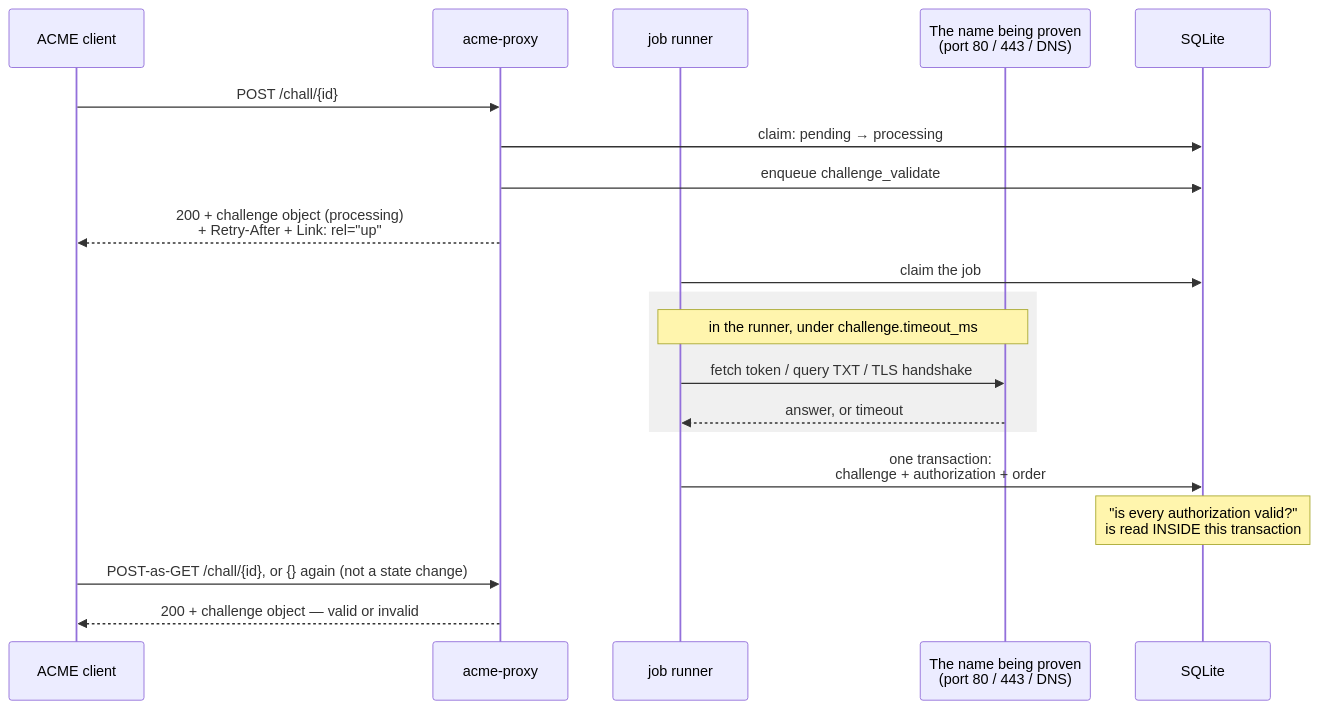
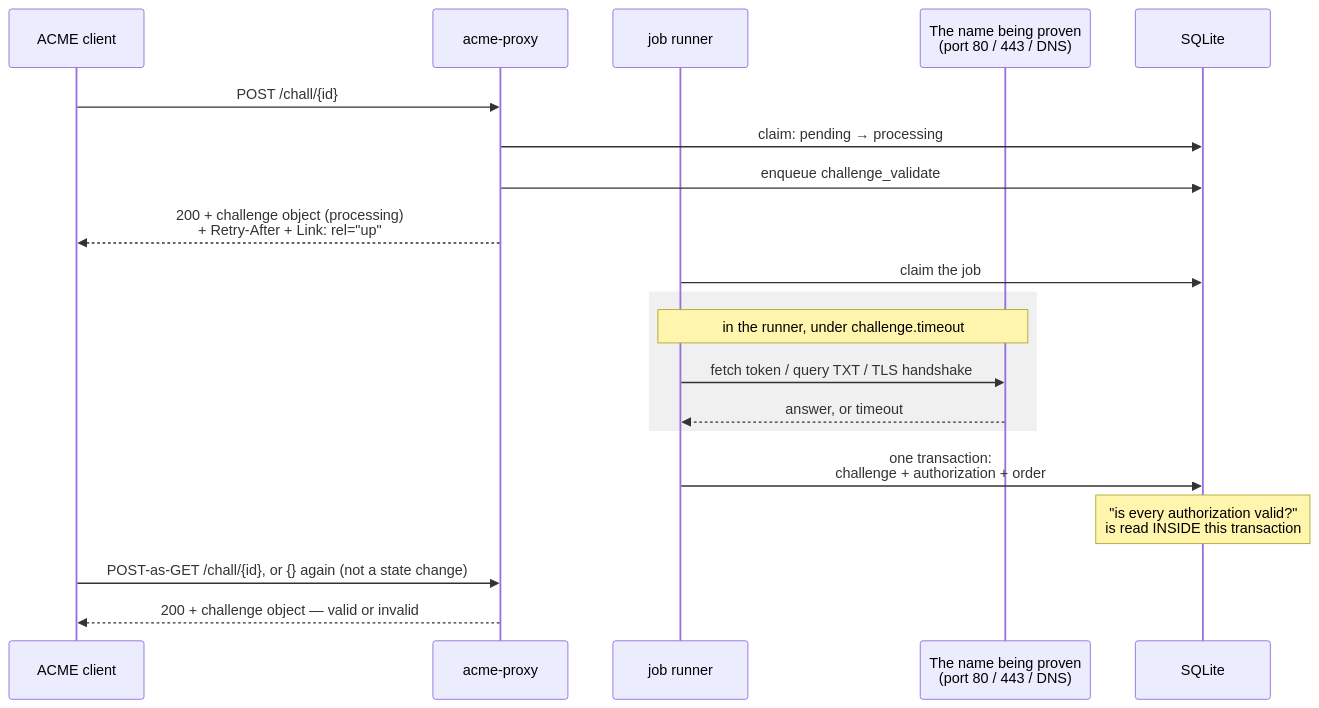
The second of 2 diagrams in doc/src/challenges/index.md (acme-proxy/acme-proxy), drawn with Mermaid before and after one commit. The commit also changed other lines of this file and 131 other files, not shown here.

````diff
--- a/doc/src/challenges/index.md
+++ b/doc/src/challenges/index.md
@@ -149,23 +149,23 @@
 ```mermaid
 sequenceDiagram
     participant C as ACME client
     participant P as acme-proxy
     participant W as job runner
     participant T as The name being proven<br/>(port 80 / 443 / DNS)
     participant D as SQLite
 
     C->>P: POST /chall/{id}
     P->>D: claim: pending → processing
     P->>D: enqueue challenge_validate
     P-->>C: 200 + challenge object (processing)<br/>+ Retry-After + Link: rel="up"
     W->>D: claim the job
     rect rgb(240, 240, 240)
-        Note over W,T: in the runner, under challenge.timeout_ms
+        Note over W,T: in the runner, under challenge.timeout
         W->>T: fetch token / query TXT / TLS handshake
         T-->>W: answer, or timeout
     end
     W->>D: one transaction:<br/>challenge + authorization + order
     Note over D: "is every authorization valid?"<br/>is read INSIDE this transaction
     C->>P: POST-as-GET /chall/{id}, or {} again (not a state change)
     P-->>C: 200 + challenge object — valid or invalid
 ```
````
